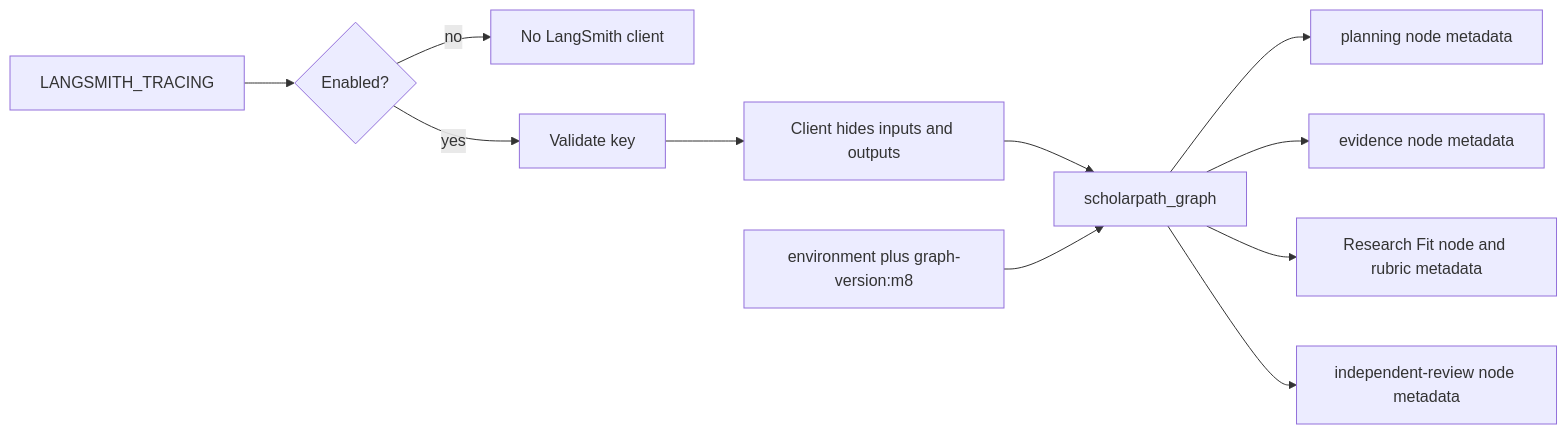
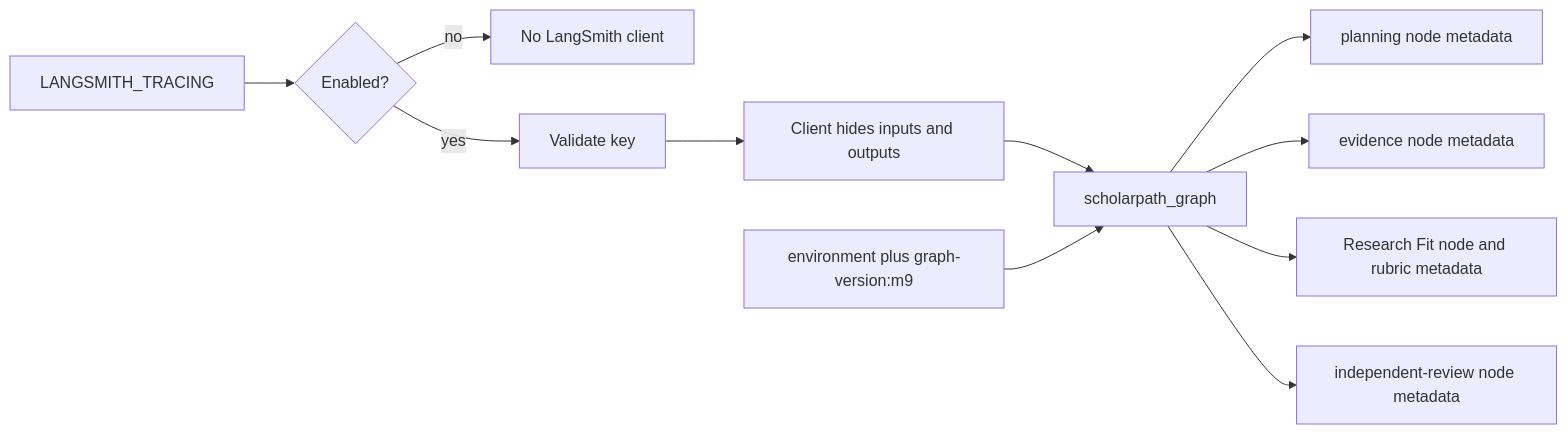
Diagram 15 of 17 in projects/scholar-path/docs/architecture.md (shanly-rajan/ai-builder), drawn with Mermaid before and after one commit. The commit also changed other lines of this file and 35 other files, not shown here.

````diff
--- a/projects/scholar-path/docs/architecture.md
+++ b/projects/scholar-path/docs/architecture.md
@@ -519,13 +581,13 @@
 ```mermaid
 flowchart LR
     Env[LANGSMITH_TRACING] --> Enabled{Enabled?}
     Enabled -->|no| Off[No LangSmith client]
     Enabled -->|yes| Key[Validate key]
     Key --> Client[Client hides inputs and outputs]
     Client --> Root[scholarpath_graph]
     Root --> PlanTrace[planning node metadata]
     Root --> EvidenceTrace[evidence node metadata]
     Root --> FitTrace[Research Fit node and rubric metadata]
     Root --> ReviewTrace[independent-review node metadata]
-    Tags[environment plus graph-version:m8] --> Root
+    Tags[environment plus graph-version:m9] --> Root
 ```
````
